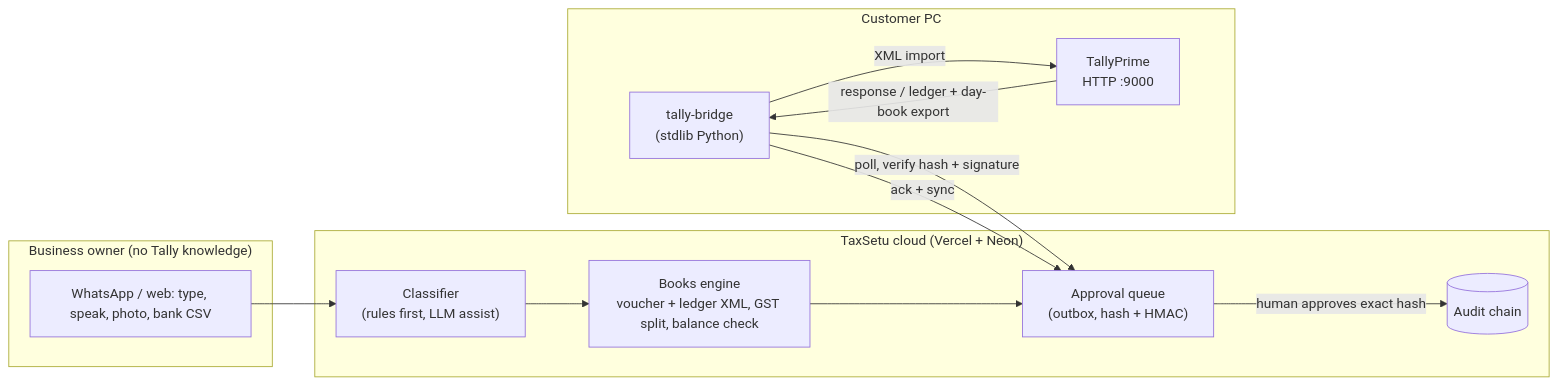
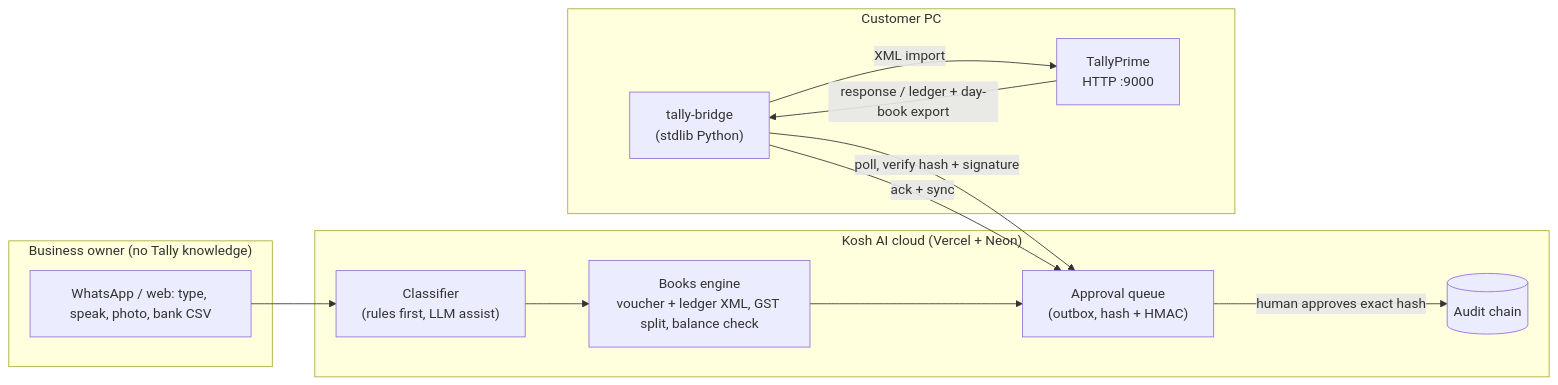
The diagram in docs/TALLY.md (loktrishal-05/Kosh-AI), drawn with Mermaid before and after one commit. The commit also changed other lines of this file and 17 other files, not shown here.

Commit message:
chore(brand): rename visible product name TaxSetu AI to Kosh AI (identifiers, env vars and URLs unchanged)

````diff
--- a/docs/TALLY.md
+++ b/docs/TALLY.md
@@ -48,21 +48,21 @@
 ```mermaid
 flowchart LR
   subgraph Owner["Business owner (no Tally knowledge)"]
     W["WhatsApp / web: type, speak, photo, bank CSV"]
   end
-  subgraph Cloud["TaxSetu cloud (Vercel + Neon)"]
+  subgraph Cloud["Kosh AI cloud (Vercel + Neon)"]
     C["Classifier<br/>(rules first, LLM assist)"]
     B["Books engine<br/>voucher + ledger XML, GST split, balance check"]
     Q["Approval queue<br/>(outbox, hash + HMAC)"]
     A[("Audit chain")]
   end
   subgraph PC["Customer PC"]
     BR["tally-bridge<br/>(stdlib Python)"]
     T["TallyPrime<br/>HTTP :9000"]
   end
   W --> C --> B --> Q
   Q -->|"human approves exact hash"| A
   BR -->|"poll, verify hash + signature"| Q
   BR -->|"XML import"| T
   T -->|"response / ledger + day-book export"| BR -->|"ack + sync"| Q
 ```
````
